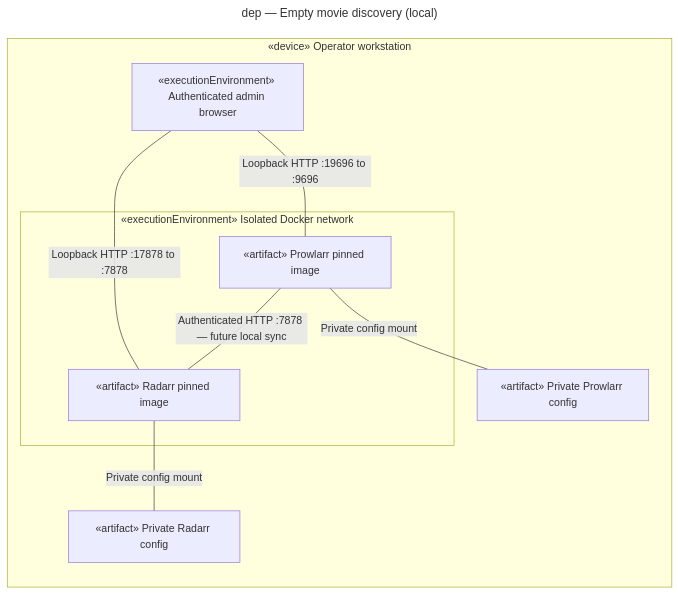
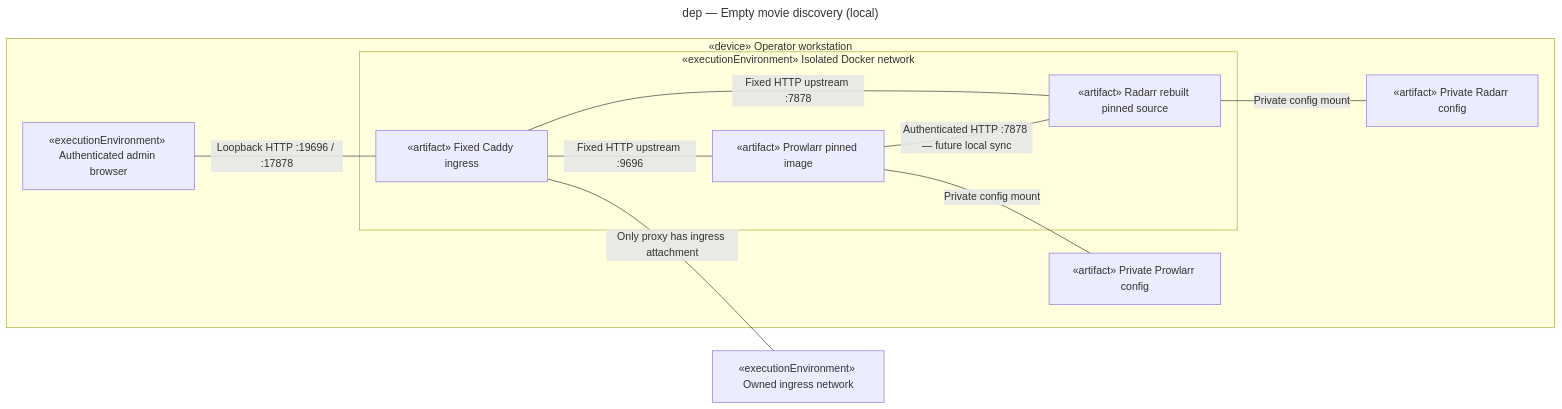
One commit to benoit-bremaud/popcorntv changed the diagram in docs/architecture/diagrams/local-discovery/08-deployment-local.md. Above: the diagram before and after it, drawn with Mermaid. The commit also changed other lines of this file and 16 other files, not shown here.

````diff
--- a/docs/architecture/diagrams/local-discovery/08-deployment-local.md
+++ b/docs/architecture/diagrams/local-discovery/08-deployment-local.md
@@ -16,20 +16,24 @@
 ```mermaid
 ---
 title: dep — Empty movie discovery (local)
 ---
 flowchart LR
   subgraph Host["«device» Operator workstation"]
     Admin["«executionEnvironment» Authenticated admin browser"]
     subgraph Docker["«executionEnvironment» Isolated Docker network"]
       P["«artifact» Prowlarr pinned image"]
-      R["«artifact» Radarr pinned image"]
+      R["«artifact» Radarr rebuilt pinned source"]
+      C["«artifact» Fixed Caddy ingress"]
     end
     PC["«artifact» Private Prowlarr config"]
     RC["«artifact» Private Radarr config"]
   end
-  Admin ---|"Loopback HTTP :19696 to :9696"| P
-  Admin ---|"Loopback HTTP :17878 to :7878"| R
+  Edge["«executionEnvironment» Owned ingress network"]
+  Admin ---|"Loopback HTTP :19696 / :17878"| C
+  C ---|"Only proxy has ingress attachment"| Edge
+  C ---|"Fixed HTTP upstream :9696"| P
+  C ---|"Fixed HTTP upstream :7878"| R
   P ---|"Authenticated HTTP :7878 — future local sync"| R
   P ---|"Private config mount"| PC
   R ---|"Private config mount"| RC
 ```
````
